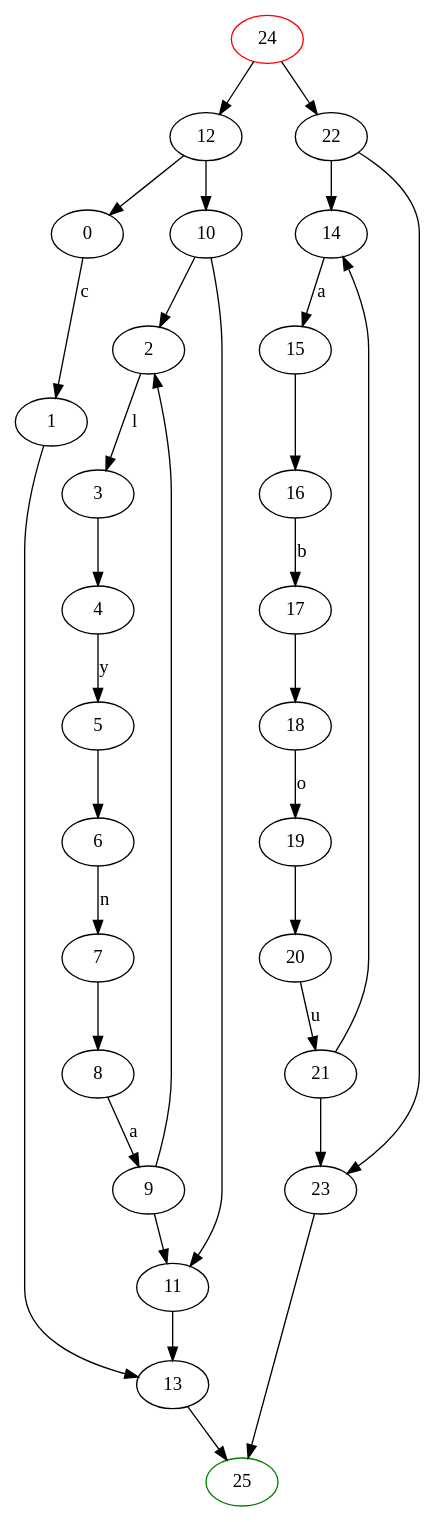
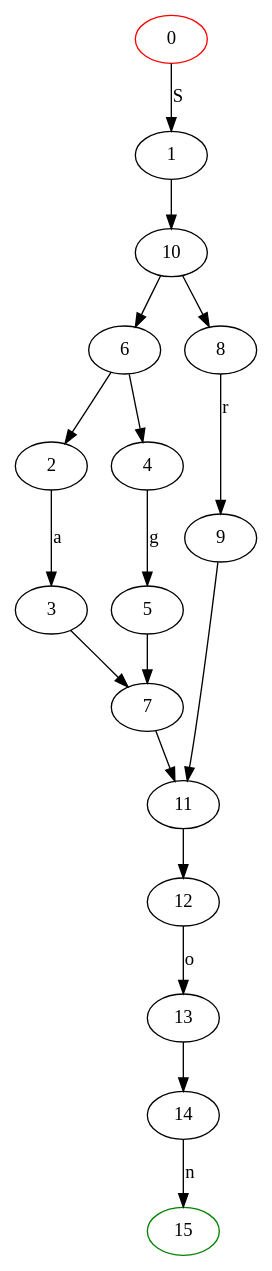
Before and after one commit to aboubacardiawara/DAAR: the diagram in tme1/regex/epsilonAutomate.dot, drawn with Graphviz. The commit also changed 3 other files, not shown here.

```diff
--- a/tme1/regex/epsilonAutomate.dot
+++ b/tme1/regex/epsilonAutomate.dot
@@ -1,37 +1,22 @@
 digraph {
-	24 [color="red"]
-	24 -> 12 [label=""]
-	12 -> 0 [label=""]
-	0 -> 1 [label="c"]
-	1 -> 13 [label=""]
-	25 [color="green"]
-	13 -> 25 [label=""]
-	25 [color="green"]
-	12 -> 10 [label=""]
-	10 -> 2 [label=""]
-	2 -> 3 [label="l"]
-	3 -> 4 [label=""]
-	4 -> 5 [label="y"]
-	5 -> 6 [label=""]
-	6 -> 7 [label="n"]
-	7 -> 8 [label=""]
-	8 -> 9 [label="a"]
+	0 [color="red"]
+	0 -> 1 [label="S"]
+	1 -> 10 [label=""]
+	10 -> 6 [label=""]
+	6 -> 2 [label=""]
+	2 -> 3 [label="a"]
+	3 -> 7 [label=""]
+	7 -> 11 [label=""]
+	11 -> 12 [label=""]
+	12 -> 13 [label="o"]
+	13 -> 14 [label=""]
+	15 [color="green"]
+	14 -> 15 [label="n"]
+	15 [color="green"]
+	6 -> 4 [label=""]
+	4 -> 5 [label="g"]
+	5 -> 7 [label=""]
+	10 -> 8 [label=""]
+	8 -> 9 [label="r"]
 	9 -> 11 [label=""]
-	11 -> 13 [label=""]
-	9 -> 2 [label=""]
-	10 -> 11 [label=""]
-	24 -> 22 [label=""]
-	22 -> 14 [label=""]
-	14 -> 15 [label="a"]
-	15 -> 16 [label=""]
-	16 -> 17 [label="b"]
-	17 -> 18 [label=""]
-	18 -> 19 [label="o"]
-	19 -> 20 [label=""]
-	20 -> 21 [label="u"]
-	21 -> 23 [label=""]
-	25 [color="green"]
-	23 -> 25 [label=""]
-	21 -> 14 [label=""]
-	22 -> 23 [label=""]
 }
```
